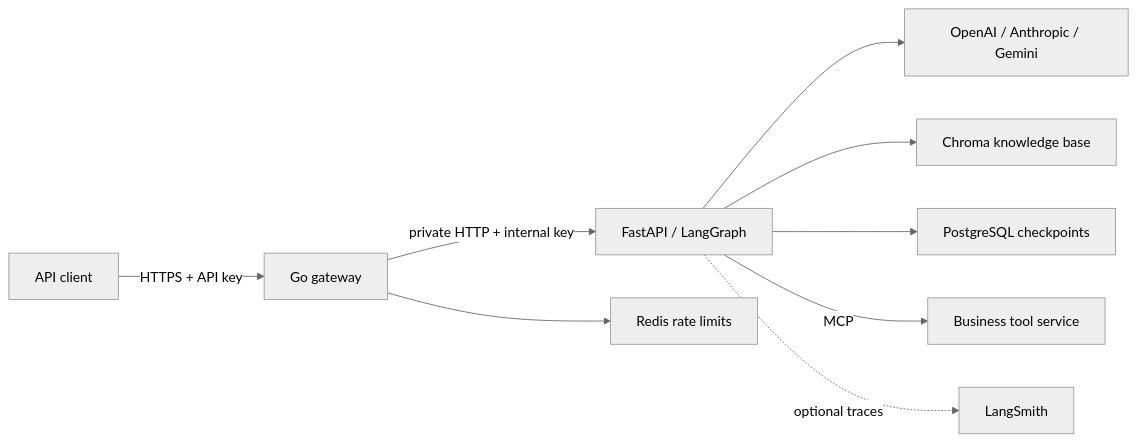
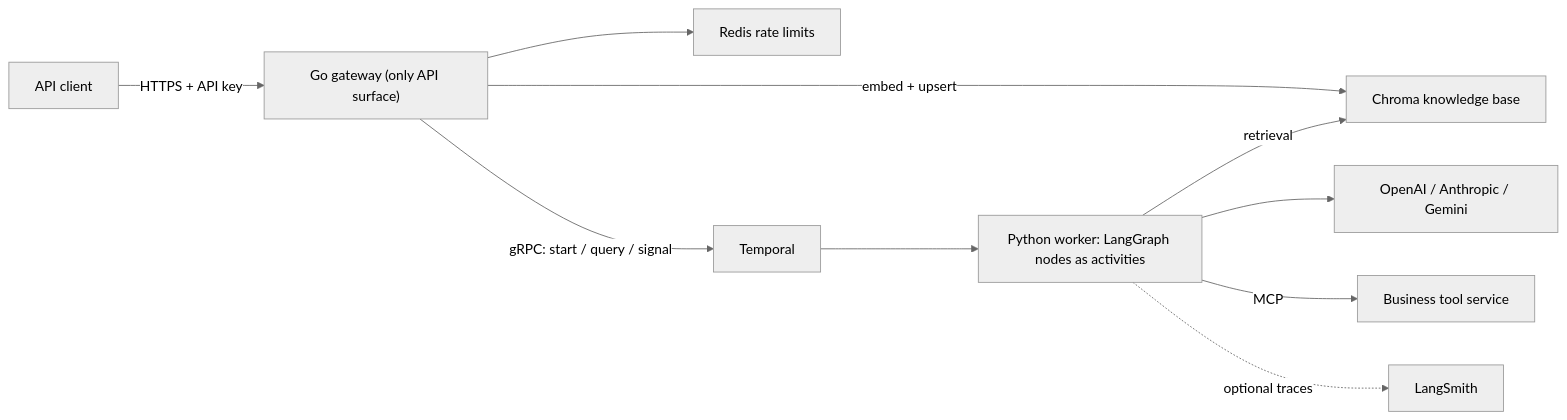
One commit to conghan-tay/AgentsToDeployment changed the first of 2 diagrams in README.md. Above: the diagram before and after it, drawn with Mermaid (neutral theme). The commit also changed other lines of this file and 44 other files, not shown here.

````diff
--- a/README.md
+++ b/README.md
@@ -36,11 +40,12 @@
 ```mermaid
 flowchart LR
-    Client["API client"] -->|"HTTPS + API key"| Gateway["Go gateway"]
-    Gateway -->|"private HTTP + internal key"| Agent["FastAPI / LangGraph"]
+    Client["API client"] -->|"HTTPS + API key"| Gateway["Go gateway (only API surface)"]
     Gateway --> Redis["Redis rate limits"]
-    Agent --> Model["OpenAI / Anthropic / Gemini"]
-    Agent --> Chroma["Chroma knowledge base"]
-    Agent --> Postgres["PostgreSQL checkpoints"]
-    Agent -->|"MCP"| Tools["Business tool service"]
-    Agent -.->|"optional traces"| LangSmith["LangSmith"]
+    Gateway -->|"embed + upsert"| Chroma["Chroma knowledge base"]
+    Gateway -->|"gRPC: start / query / signal"| Temporal["Temporal"]
+    Temporal --> Worker["Python worker: LangGraph nodes as activities"]
+    Worker --> Model["OpenAI / Anthropic / Gemini"]
+    Worker -->|"retrieval"| Chroma
+    Worker -->|"MCP"| Tools["Business tool service"]
+    Worker -.->|"optional traces"| LangSmith["LangSmith"]
 ```
````
